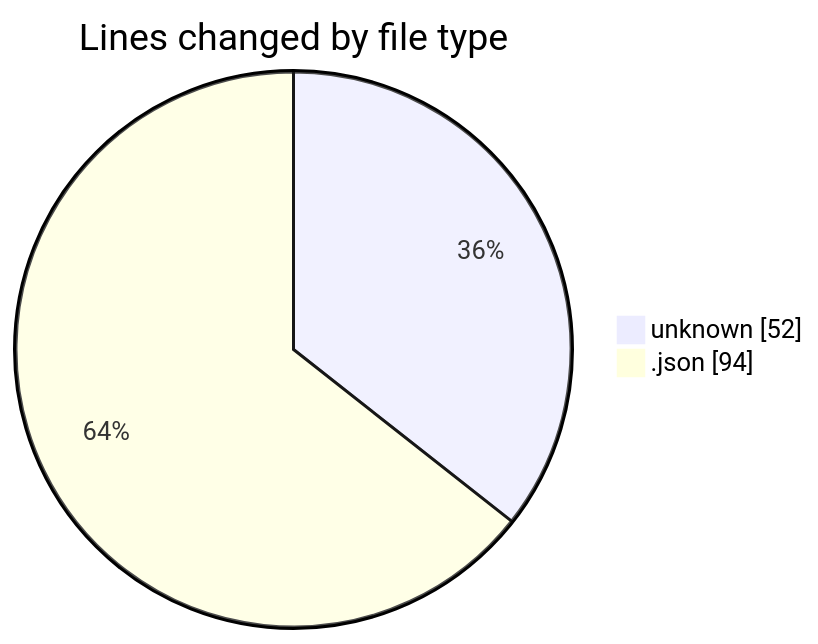
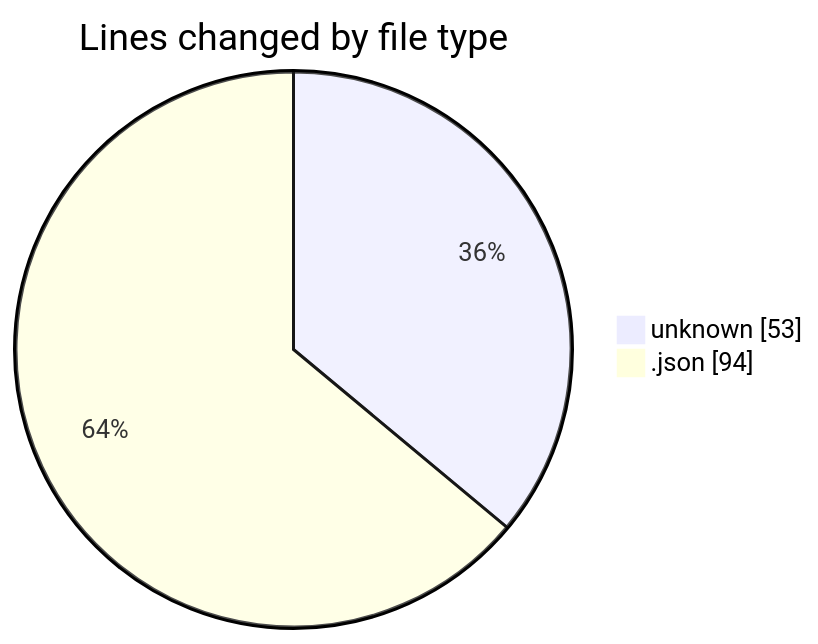
One commit to JenPaints/code-tracking changed the first of 2 diagrams in 2025-07-24/cohera/README.md. Above: the diagram before and after it, drawn with Mermaid. The commit also changed other lines of this file and 1 other file, not shown here.

````diff
--- a/2025-07-24/cohera/README.md
+++ b/2025-07-24/cohera/README.md
@@ -23,6 +23,6 @@
 ```mermaid
 pie showData
 title Lines changed by file type
-"unknown" : 52
+"unknown" : 53
 ".json" : 94
 ```
````
